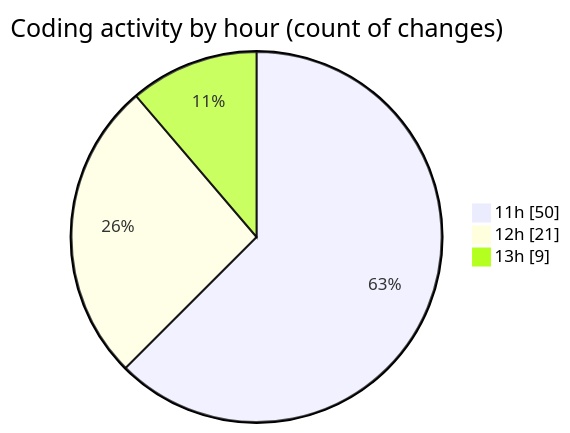
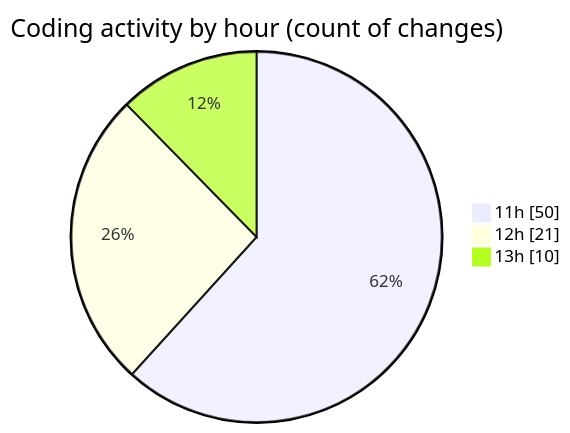
Before and after one commit to tmsrecording-cyber/code-tracking: the second of 2 diagrams in 2026-02-06/singularitybrainai/README.md, drawn with Mermaid. The commit also changed other lines of this file and 1 other file, not shown here.

````diff
--- a/2026-02-06/singularitybrainai/README.md
+++ b/2026-02-06/singularitybrainai/README.md
@@ -36,7 +36,7 @@
 ```mermaid
 pie showData
 title Coding activity by hour (count of changes)
 "11h" : 50
 "12h" : 21
-"13h" : 9
+"13h" : 10
 ```
````
